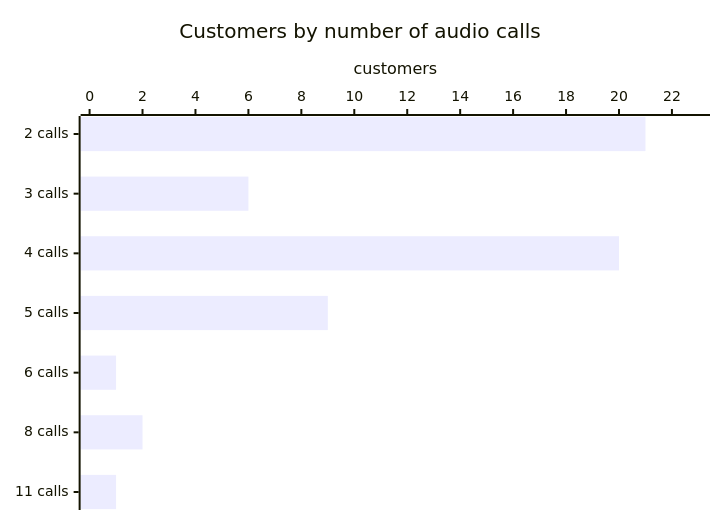
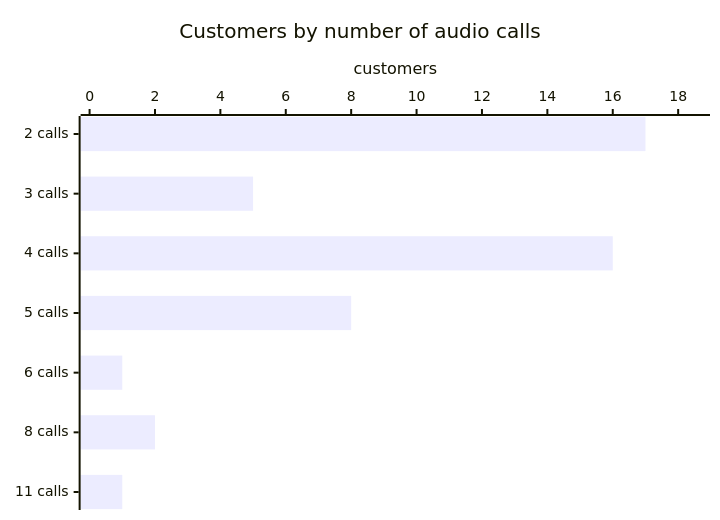
One commit to queenley/capstone_sudocode2026 changed the sixth of 7 diagrams in scripts/create_data/output/reports/validation_report.md. Above: the diagram before and after it, drawn with Mermaid. The commit also changed other lines of this file and 443 other files, not shown here.

````diff
--- a/scripts/create_data/output/reports/validation_report.md
+++ b/scripts/create_data/output/reports/validation_report.md
@@ -114,7 +114,7 @@
 ```mermaid
 xychart-beta horizontal
     title "Customers by number of audio calls"
     x-axis ["2 calls", "3 calls", "4 calls", "5 calls", "6 calls", "8 calls", "11 calls"]
-    y-axis "customers" 0 --> 23.1
-    bar [21, 6, 20, 9, 1, 2, 1]
+    y-axis "customers" 0 --> 18.7
+    bar [17, 5, 16, 8, 1, 2, 1]
 ```
````
